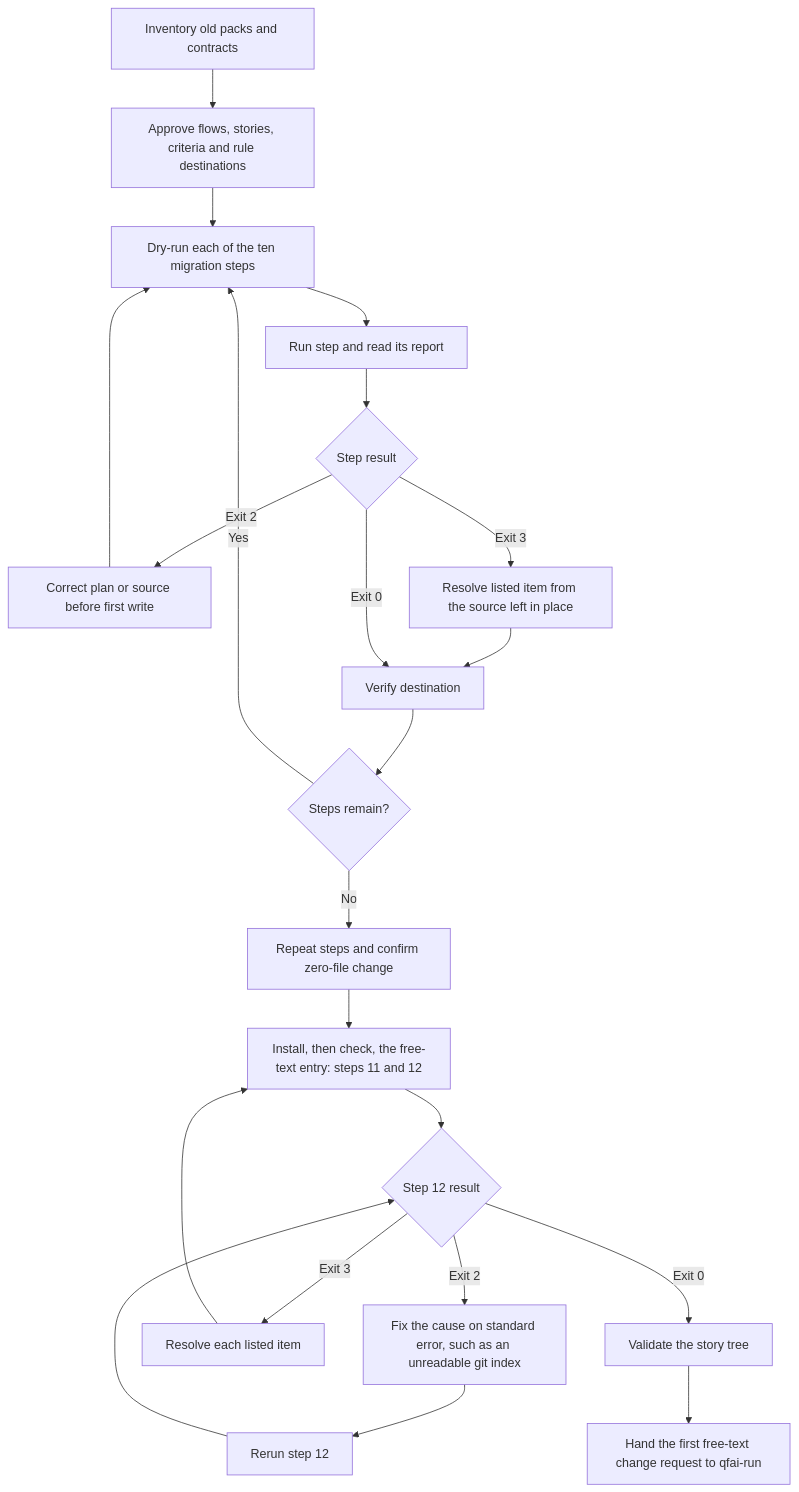
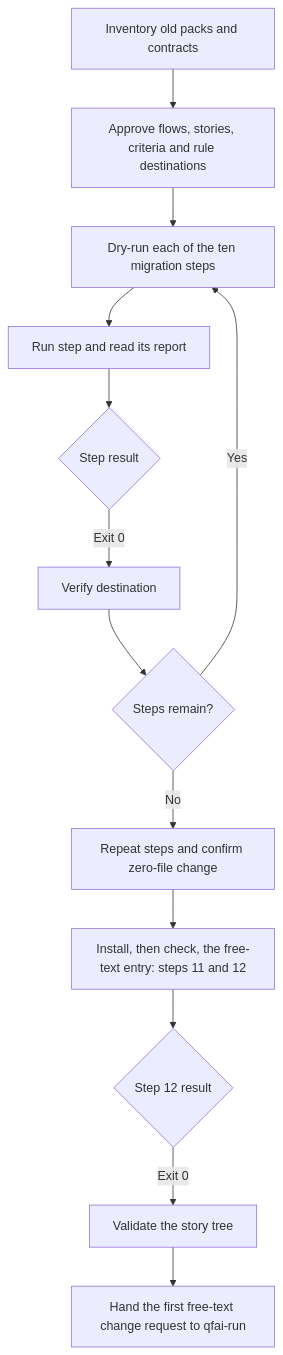
Before and after one commit to aganesy/QFAI: the diagram in .qfai/spec/02_business-flow/business-flow-0004/business-flow.md, drawn with Mermaid. The commit also changed other lines of this file and 1 other file, not shown here.

First line of the commit message:
Bring the development and migration flow diagrams within the diagram budget

````diff
--- a/.qfai/spec/02_business-flow/business-flow-0004/business-flow.md
+++ b/.qfai/spec/02_business-flow/business-flow-0004/business-flow.md
@@ -12,24 +12,15 @@
 ```mermaid
 flowchart TD
   Inventory[Inventory old packs and contracts] --> Plan[Approve flows, stories, criteria and rule destinations]
   Plan --> Dry[Dry-run each of the ten migration steps]
   Dry --> Apply[Run step and read its report]
   Apply --> Check{Step result}
-  Check -->|Exit 2| Correct[Correct plan or source before first write]
-  Correct --> Dry
-  Check -->|Exit 3| Person[Resolve listed item from the source left in place]
-  Person --> Verify[Verify destination]
-  Check -->|Exit 0| Verify
+  Check -->|Exit 0| Verify[Verify destination]
   Verify --> More{Steps remain?}
   More -->|Yes| Dry
   More -->|No| Recheck[Repeat steps and confirm zero-file change]
   Recheck --> Entry[Install, then check, the free-text entry: steps 11 and 12]
   Entry --> EntryCheck{Step 12 result}
-  EntryCheck -->|Exit 2| Repair[Fix the cause on standard error, such as an unreadable git index]
-  Repair --> Rerun[Rerun step 12]
-  Rerun --> EntryCheck
-  EntryCheck -->|Exit 3| Resolve[Resolve each listed item]
-  Resolve --> Entry
   EntryCheck -->|Exit 0| Validate[Validate the story tree]
   Validate --> Handover[Hand the first free-text change request to qfai-run]
 ```
````
